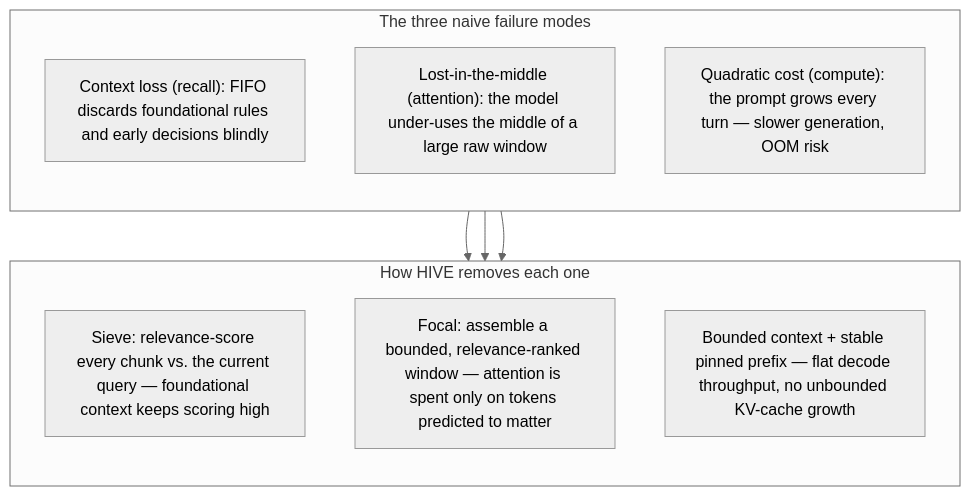
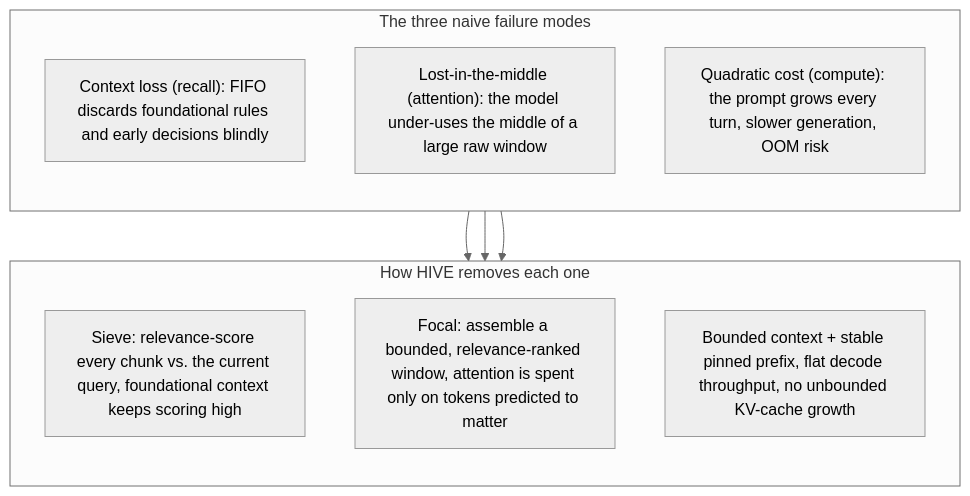
Before and after one commit to sky-is-green/hive-memory: the first of 6 diagrams in HIVE-WHITE-PAPER.md, drawn with Mermaid (neutral theme). The commit also changed other lines of this file and 3 other files, not shown here.

````diff
--- a/HIVE-WHITE-PAPER.md
+++ b/HIVE-WHITE-PAPER.md
@@ -48,18 +48,18 @@
 ```mermaid
 flowchart TB
     subgraph FAIL["The three naive failure modes"]
         direction TB
         F1["Context loss (recall): FIFO discards foundational rules and early decisions blindly"]
         F2["Lost-in-the-middle (attention): the model under-uses the middle of a large raw window"]
-        F3["Quadratic cost (compute): the prompt grows every turn — slower generation, OOM risk"]
+        F3["Quadratic cost (compute): the prompt grows every turn, slower generation, OOM risk"]
     end
     subgraph FIX["How HIVE removes each one"]
         direction TB
-        M1["Sieve: relevance-score every chunk vs. the current query — foundational context keeps scoring high"]
-        M2["Focal: assemble a bounded, relevance-ranked window — attention is spent only on tokens predicted to matter"]
-        M3["Bounded context + stable pinned prefix — flat decode throughput, no unbounded KV-cache growth"]
+        M1["Sieve: relevance-score every chunk vs. the current query, foundational context keeps scoring high"]
+        M2["Focal: assemble a bounded, relevance-ranked window, attention is spent only on tokens predicted to matter"]
+        M3["Bounded context + stable pinned prefix, flat decode throughput, no unbounded KV-cache growth"]
     end
     F1 --> M1
     F2 --> M2
     F3 --> M3
 ```
````
